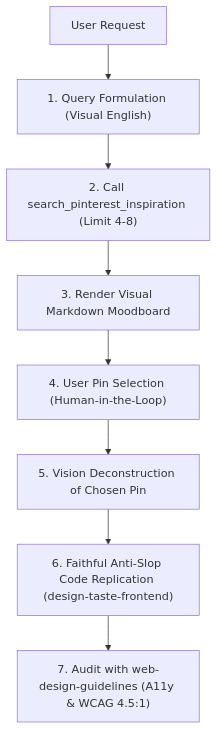
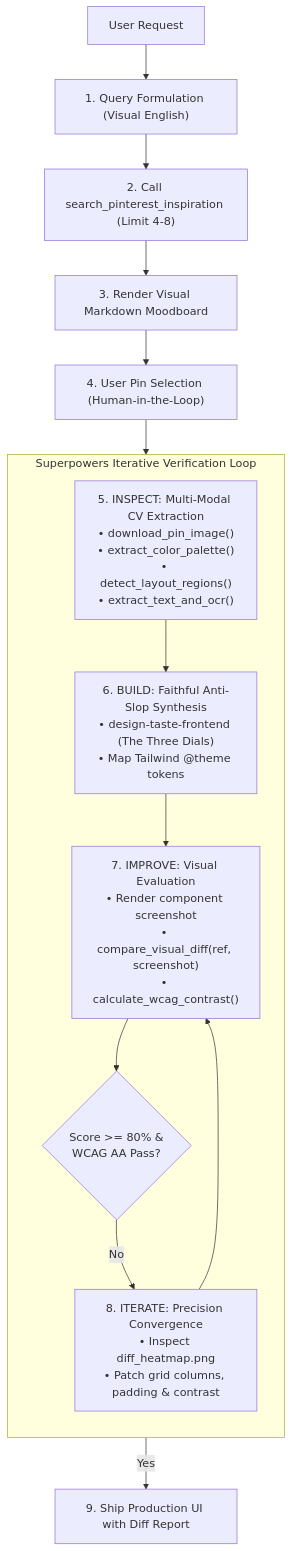
The diagram in AGENTS.md (khanhnkq/pinterest-inspired-plugin), drawn with Mermaid before and after one commit. The commit also changed other lines of this file and 6 other files, not shown here.

Commit message:
docs: document 7 MCP tools, layout detection, visual diff, and Superpowers iterative verification loop

````diff
--- a/AGENTS.md
+++ b/AGENTS.md
@@ -79,10 +109,25 @@
 ```mermaid
 flowchart TD
     User["User Request"] --> Query["1. Query Formulation (Visual English)"]
     Query --> Fetch["2. Call search_pinterest_inspiration (Limit 4-8)"]
     Fetch --> Moodboard["3. Render Visual Markdown Moodboard"]
     Moodboard --> Select["4. User Pin Selection (Human-in-the-Loop)"]
-    Select --> Deconstruct["5. Vision Deconstruction of Chosen Pin"]
-    Deconstruct --> Taste["6. Faithful Anti-Slop Code Replication (design-taste-frontend)"]
-    Taste --> Audit["7. Audit with web-design-guidelines (A11y & WCAG 4.5:1)"]
+    
+    subgraph Loop ["Superpowers Iterative Verification Loop"]
+        direction TB
+        Inspect["5. INSPECT: Multi-Modal CV Extraction<br/>• download_pin_image()<br/>• extract_color_palette()<br/>• detect_layout_regions()<br/>• extract_text_and_ocr()"]
+        Build["6. BUILD: Faithful Anti-Slop Synthesis<br/>• design-taste-frontend (The Three Dials)<br/>• Map Tailwind @theme tokens"]
+        Diff["7. IMPROVE: Visual Evaluation<br/>• Render component screenshot<br/>• compare_visual_diff(ref, screenshot)<br/>• calculate_wcag_contrast()"]
+        Eval{"Score >= 80% &<br/>WCAG AA Pass?"}
+        Patch["8. ITERATE: Precision Convergence<br/>• Inspect diff_heatmap.png<br/>• Patch grid columns, padding & contrast"]
+        
+        Inspect --> Build
+        Build --> Diff
+        Diff --> Eval
+        Eval -- No --> Patch
+        Patch --> Diff
+    end
+
+    Select --> Inspect
+    Eval -- Yes --> Ship["9. Ship Production UI with Diff Report"]
 ```
````
